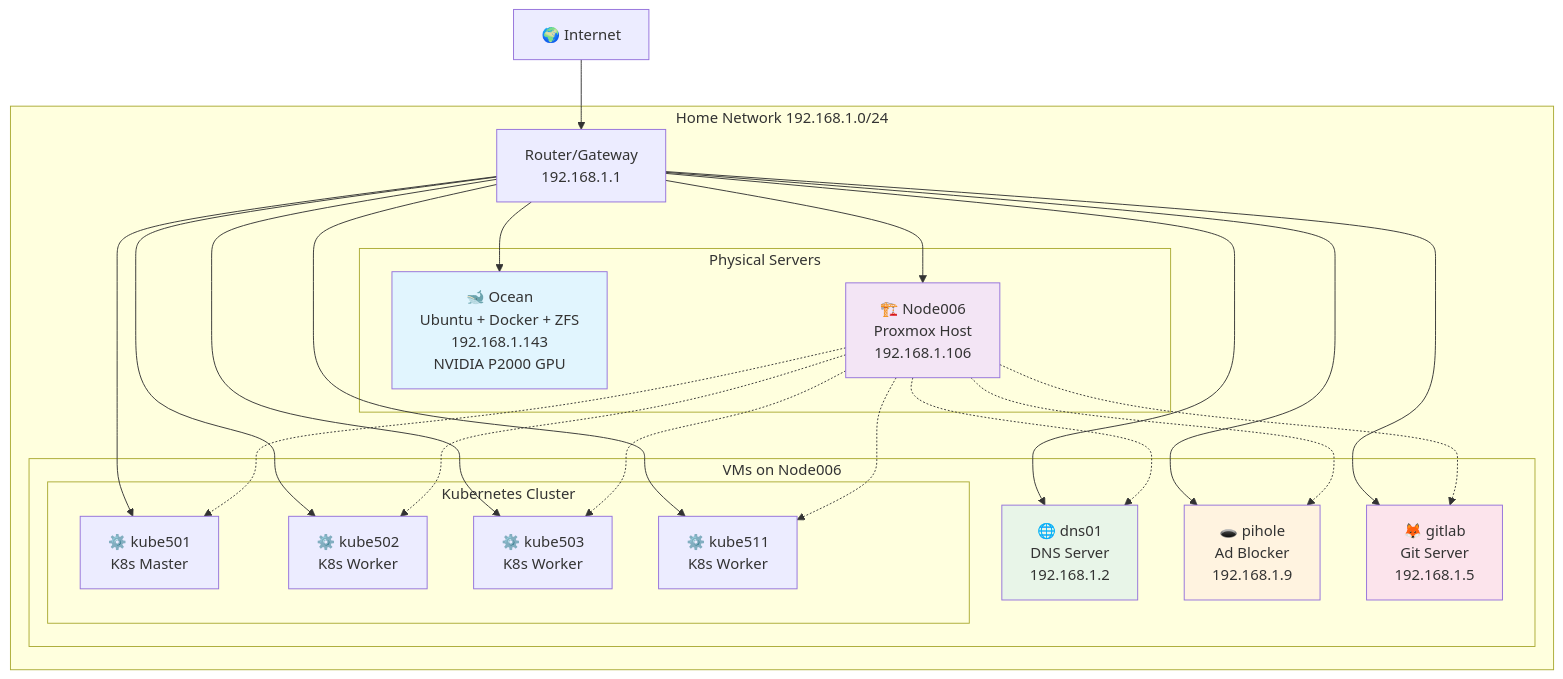
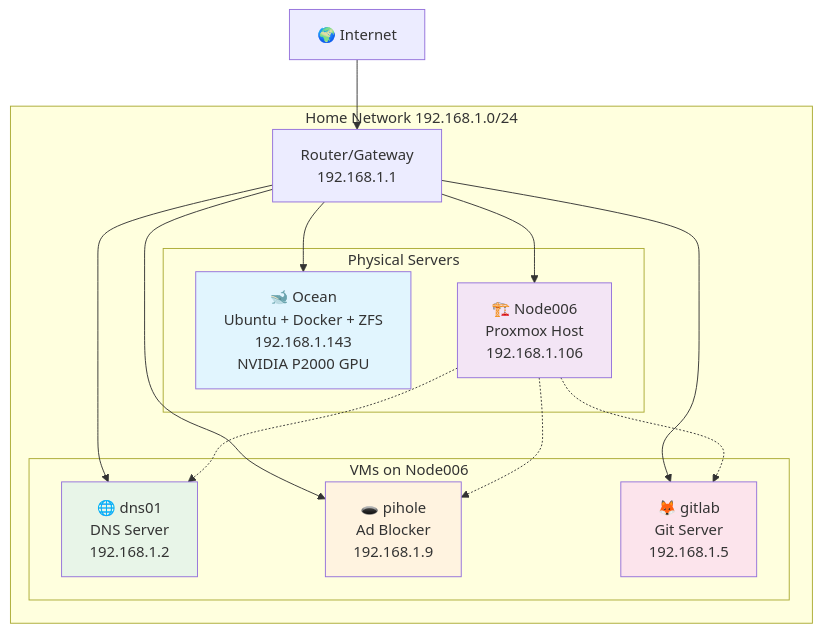
The diagram in docs/architecture/physical-architecture.md (bluefishforsale/homelab), drawn with Mermaid before and after one commit. The commit also changed 289 other files, not shown here.

First line of the commit message:
feat: implement GitHub Actions CI/CD with multi-tier safety architecture

````diff
--- a/docs/architecture/physical-architecture.md
+++ b/docs/architecture/physical-architecture.md
@@ -3,49 +3,34 @@
 ```mermaid
 graph TB
     subgraph "Home Network 192.168.1.0/24"
         Router[Router/Gateway<br/>192.168.1.1]
         
         subgraph "Physical Servers"
             Ocean[🐋 Ocean<br/>Ubuntu + Docker + ZFS<br/>192.168.1.143<br/>NVIDIA P2000 GPU]
             Node006[🏗️ Node006<br/>Proxmox Host<br/>192.168.1.106]
         end
         
         subgraph "VMs on Node006"
             DNS01[🌐 dns01<br/>DNS Server<br/>192.168.1.2]
             Pihole[🕳️ pihole<br/>Ad Blocker<br/>192.168.1.9]
             Gitlab[🦊 gitlab<br/>Git Server<br/>192.168.1.5]
-            
-            subgraph "Kubernetes Cluster"
-                K501[⚙️ kube501<br/>K8s Master]
-                K502[⚙️ kube502<br/>K8s Worker]  
-                K503[⚙️ kube503<br/>K8s Worker]
-                K511[⚙️ kube511<br/>K8s Worker]
-            end
         end
     end
     
     Internet[🌍 Internet] --> Router
     Router --> Ocean
     Router --> Node006
     Router --> DNS01
     Router --> Pihole
     Router --> Gitlab
-    Router --> K501
-    Router --> K502
-    Router --> K503
-    Router --> K511
     
     Node006 -.-> DNS01
     Node006 -.-> Pihole
     Node006 -.-> Gitlab
-    Node006 -.-> K501
-    Node006 -.-> K502
-    Node006 -.-> K503
-    Node006 -.-> K511
     
     style Ocean fill:#e1f5fe
     style Node006 fill:#f3e5f5
     style DNS01 fill:#e8f5e8
     style Pihole fill:#fff3e0
     style Gitlab fill:#fce4ec
 ```
````
